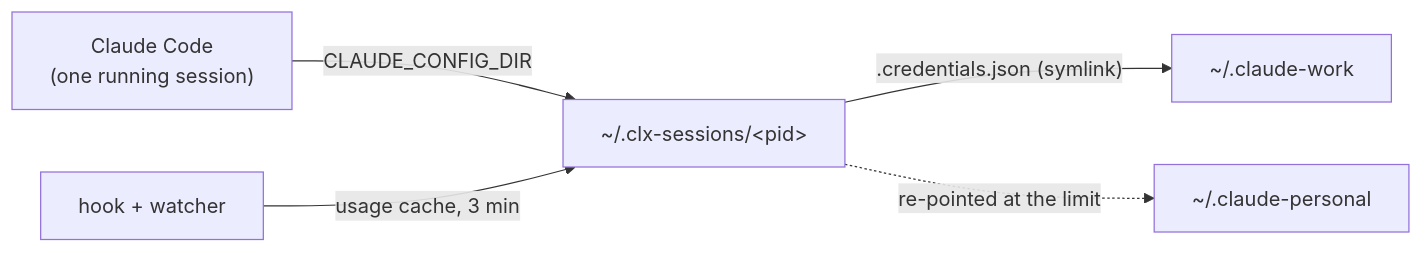
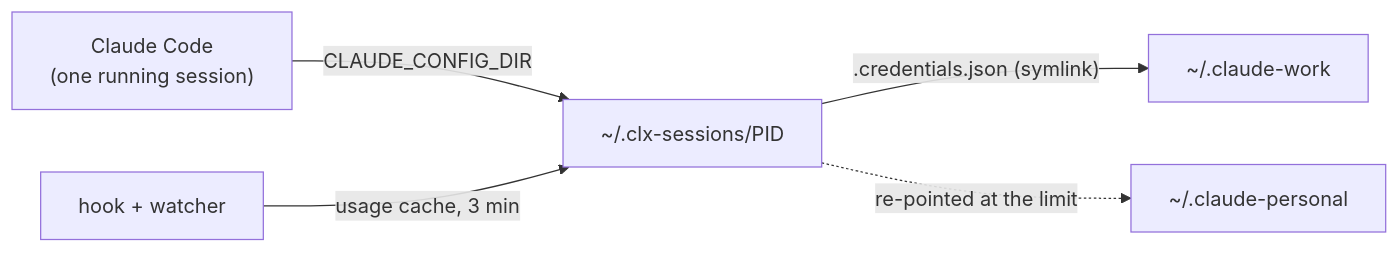
The diagram in README.md (KrasimirKralev/clx), drawn with Mermaid before and after one commit. The commit also changed other lines of this file and 1 other file, not shown here.

Commit message:
docs: list every path clx writes, the kept .prev login, and link the known issues

````diff
--- a/README.md
+++ b/README.md
@@ -46,7 +46,7 @@
 ```mermaid
 flowchart LR
-  CC["Claude Code<br/>(one running session)"] -->|CLAUDE_CONFIG_DIR| S["~/.clx-sessions/&lt;pid&gt;"]
+  CC["Claude Code<br/>(one running session)"] -->|CLAUDE_CONFIG_DIR| S["~/.clx-sessions/PID"]
   S -->|".credentials.json (symlink)"| W["~/.claude-work"]
   S -. "re-pointed at the limit" .-> P["~/.claude-personal"]
   H["hook + watcher"] -->|"usage cache, 3 min"| S
 ```
````
